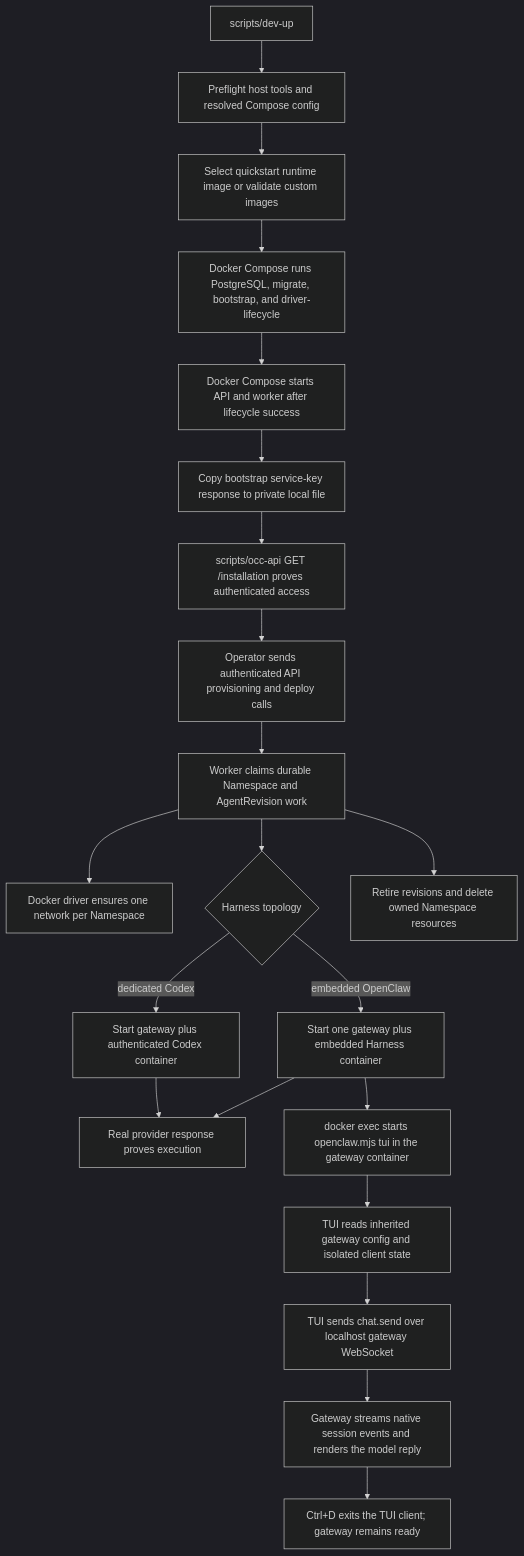
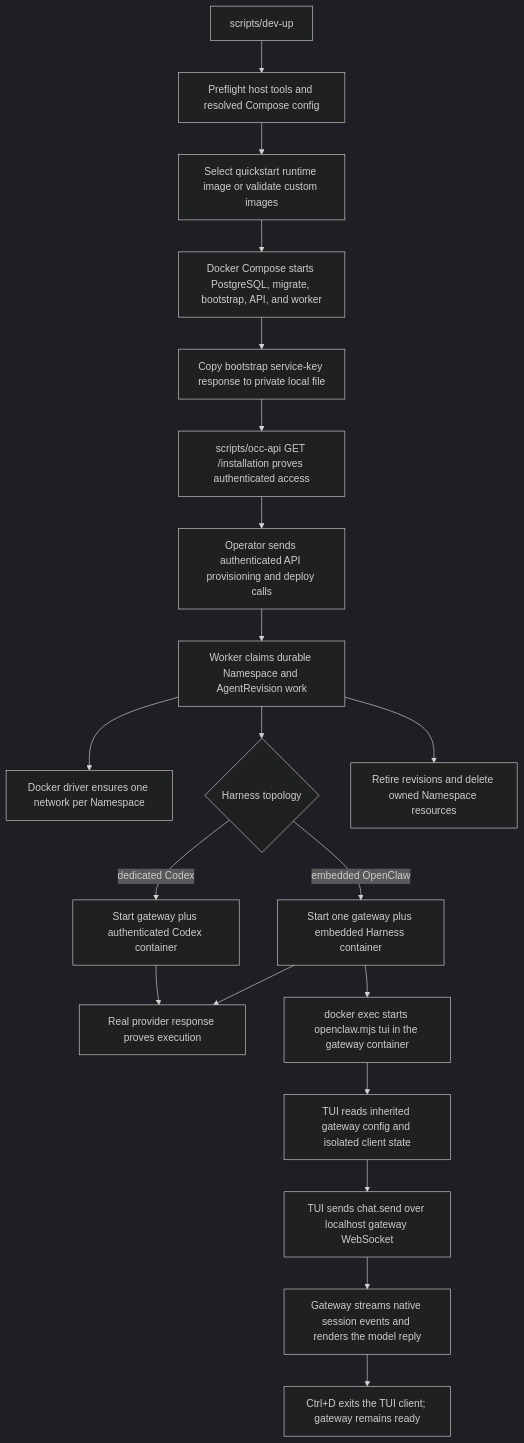
The diagram in docs/flows/docker-compose-development.md (IsaiahStapleton/openclaw-enterprise), drawn with Mermaid (dark theme) before and after one commit. The commit also changed other lines of this file and 40 other files, not shown here.

Commit message:
docs: move Driver installation hooks to their own branch

````diff
--- a/docs/flows/docker-compose-development.md
+++ b/docs/flows/docker-compose-development.md
@@ -55,23 +53,22 @@
 ```mermaid
 graph TD
   A["scripts/dev-up"] --> B["Preflight host tools and resolved Compose config"]
   B --> C["Select quickstart runtime image or validate custom images"]
-  C --> D["Docker Compose runs PostgreSQL, migrate, bootstrap, and driver-lifecycle"]
-  D --> E["Docker Compose starts API and worker after lifecycle success"]
-  E --> F["Copy bootstrap service-key response to private local file"]
-  F --> G["scripts/occ-api GET /installation proves authenticated access"]
-  G --> T["Operator sends authenticated API provisioning and deploy calls"]
-  T --> H["Worker claims durable Namespace and AgentRevision work"]
+  C --> D["Docker Compose starts PostgreSQL, migrate, bootstrap, API, and worker"]
+  D --> E["Copy bootstrap service-key response to private local file"]
+  E --> F["scripts/occ-api GET /installation proves authenticated access"]
+  F --> G["Operator sends authenticated API provisioning and deploy calls"]
+  G --> H["Worker claims durable Namespace and AgentRevision work"]
   H --> I["Docker driver ensures one network per Namespace"]
   H --> J{"Harness topology"}
   J -->|embedded OpenClaw| K["Start one gateway plus embedded Harness container"]
   J -->|dedicated Codex| L["Start gateway plus authenticated Codex container"]
   K --> M["Real provider response proves execution"]
   L --> M
   K --> N["docker exec starts openclaw.mjs tui in the gateway container"]
   N --> O["TUI reads inherited gateway config and isolated client state"]
   O --> P["TUI sends chat.send over localhost gateway WebSocket"]
   P --> Q["Gateway streams native session events and renders the model reply"]
   Q --> R["Ctrl+D exits the TUI client; gateway remains ready"]
   H --> S["Retire revisions and delete owned Namespace resources"]
 ```
````
